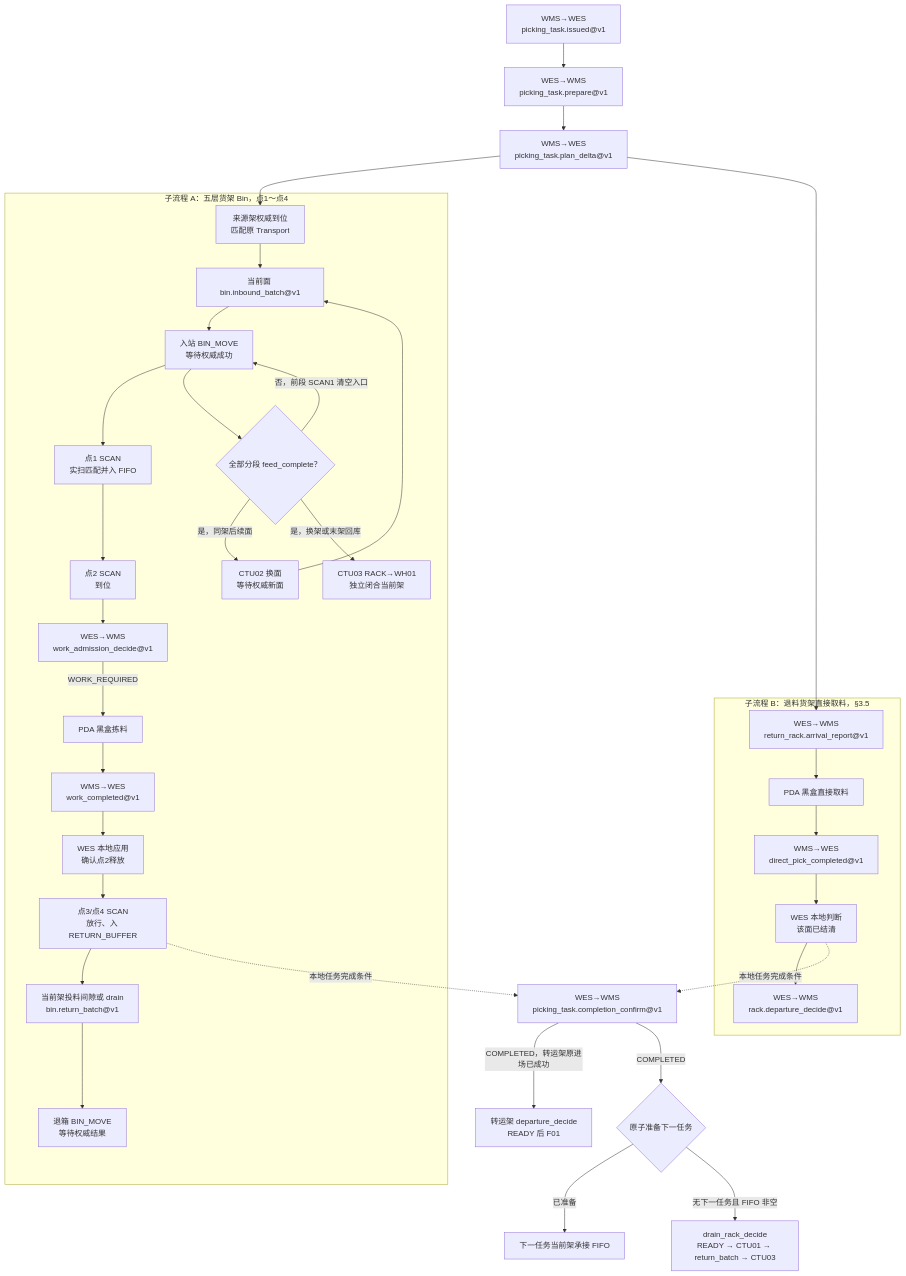
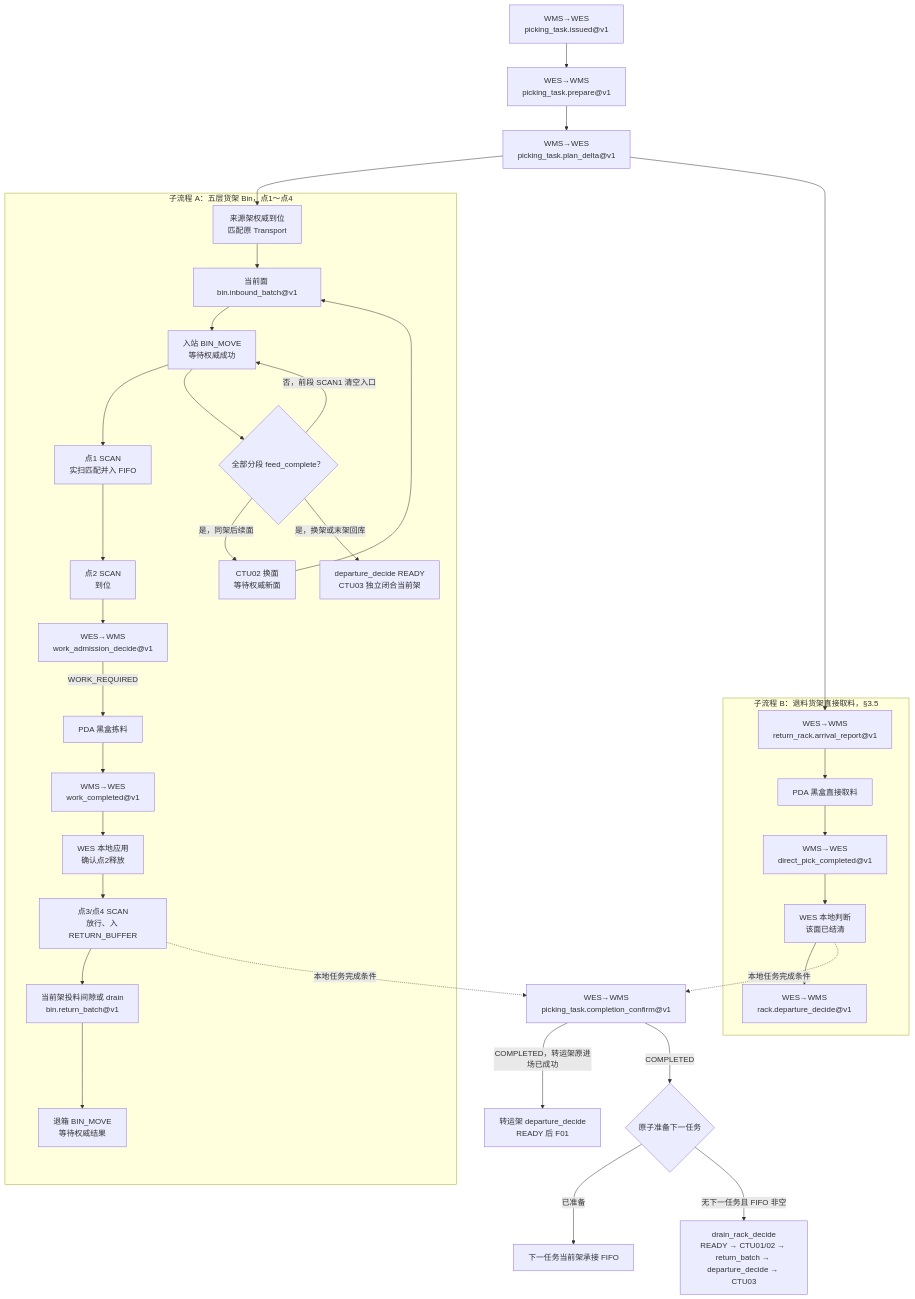
The first of 2 diagrams in docs/contracts/wms-manual-outbound-picking-integration-requirements.md (kaizhoumasha/wes_backend), drawn with Mermaid before and after one commit. The commit also changed other lines of this file and 101 other files, not shown here.

````diff
--- a/docs/contracts/wms-manual-outbound-picking-integration-requirements.md
+++ b/docs/contracts/wms-manual-outbound-picking-integration-requirements.md
@@ -37,27 +37,27 @@
 ```mermaid
 flowchart TD
     T1["WMS→WES<br/>picking_task.issued@v1"] --> T2["WES→WMS<br/>picking_task.prepare@v1"] --> T3["WMS→WES<br/>picking_task.plan_delta@v1"]
 
     T3 --> A00
     T3 --> B0
 
     subgraph A["子流程 A：五层货架 Bin，点1～点4"]
         A00["来源架权威到位<br/>匹配原 Transport"] --> A0["当前面 bin.inbound_batch@v1"] --> A01["入站 BIN_MOVE<br/>等待权威成功"] --> A1["点1 SCAN<br/>实扫匹配并入 FIFO"] --> A2["点2 SCAN<br/>到位"] --> A3["WES→WMS<br/>work_admission_decide@v1"]
         A3 -->|WORK_REQUIRED| A4["PDA 黑盒拣料"] --> A5["WMS→WES<br/>work_completed@v1"] --> A6["WES 本地应用<br/>确认点2释放"] --> A7["点3/点4 SCAN<br/>放行、入 RETURN_BUFFER"] --> A8["当前架投料间隙或 drain<br/>bin.return_batch@v1"] --> A9["退箱 BIN_MOVE<br/>等待权威结果"]
         A01 --> A10{"全部分段 feed_complete？"}
         A10 -->|否，前段 SCAN1 清空入口| A01
         A10 -->|是，同架后续面| A11["CTU02 换面<br/>等待权威新面"] --> A0
-        A10 -->|是，换架或末架回库| A12["CTU03 RACK→WH01<br/>独立闭合当前架"]
+        A10 -->|是，换架或末架回库| A12["departure_decide READY<br/>CTU03 独立闭合当前架"]
     end
 
     subgraph B["子流程 B：退料货架直接取料，§3.5"]
         B0["WES→WMS<br/>return_rack.arrival_report@v1"] --> B1["PDA 黑盒直接取料"] --> B2["WMS→WES<br/>direct_pick_completed@v1"] --> B3["WES 本地判断<br/>该面已结清"] --> B4["WES→WMS<br/>rack.departure_decide@v1"]
     end
 
     A7 -. "本地任务完成条件" .-> DONE["WES→WMS<br/>picking_task.completion_confirm@v1"]
     B3 -. "本地任务完成条件" .-> DONE
     DONE -->|COMPLETED，转运架原进场已成功| TOUT["转运架 departure_decide<br/>READY 后 F01"]
     DONE -->|COMPLETED| NEXT{"原子准备下一任务"}
     NEXT -->|已准备| INHERIT["下一任务当前架承接 FIFO"]
-    NEXT -->|无下一任务且 FIFO 非空| DRAIN["drain_rack_decide<br/>READY → CTU01 → return_batch → CTU03"]
+    NEXT -->|无下一任务且 FIFO 非空| DRAIN["drain_rack_decide<br/>READY → CTU01/02 → return_batch → departure_decide → CTU03"]
 ```
````
